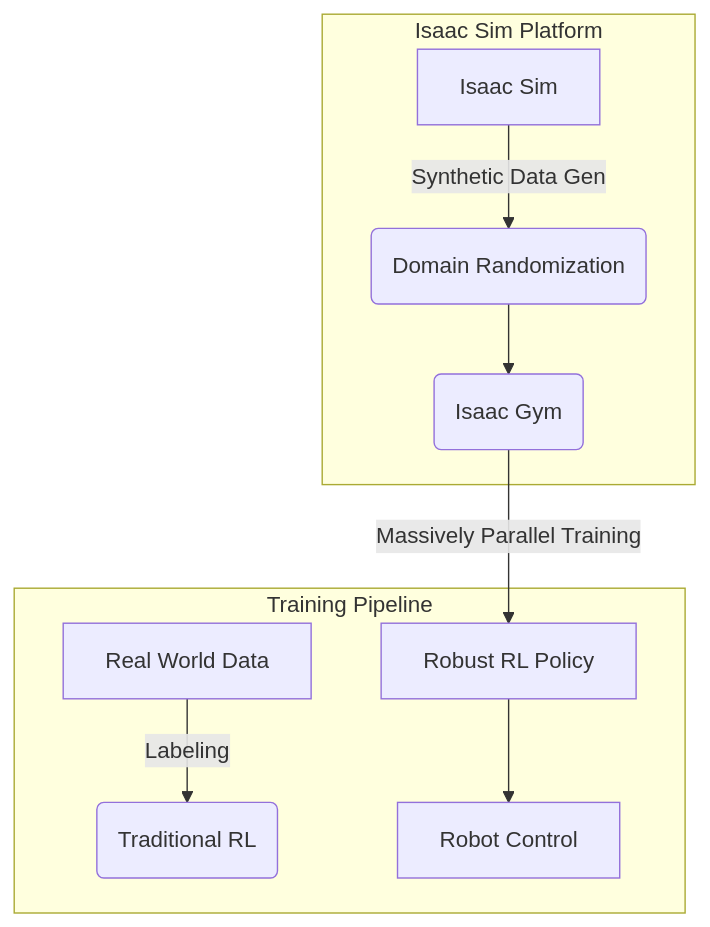
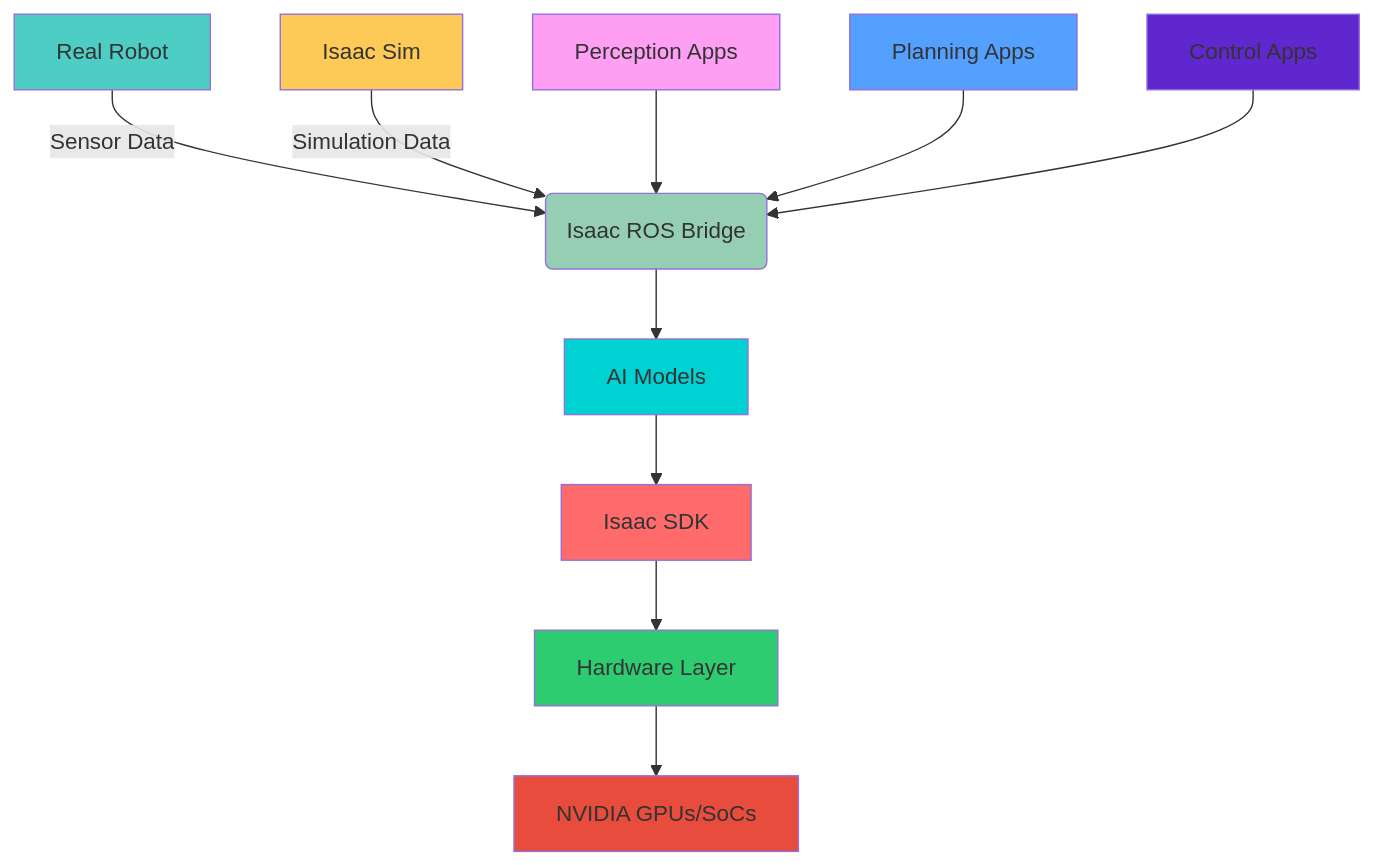
Before and after one commit to asma-aslam30/hackathon: the diagram in docs/docs/physical-ai-robotics/ai-robot-brain-isaac.md, drawn with Mermaid. The commit also changed other lines of this file and 44 other files, not shown here.

````diff
--- a/docs/docs/physical-ai-robotics/ai-robot-brain-isaac.md
+++ b/docs/docs/physical-ai-robotics/ai-robot-brain-isaac.md
@@ -449,21 +289,23 @@
 ```mermaid
-graph TD
-    A[Real World Data] -->|Labeling| B(Traditional RL)
-    C[Isaac Sim] -->|Synthetic Data Gen| D(Domain Randomization)
-    D --> E(Isaac Gym)
-    E -->|Massively Parallel Training| F[Robust RL Policy]
-    F --> G[Robot Control]
+graph TB
+    A[Real Robot] -->|Sensor Data| B(Isaac ROS Bridge)
+    C[Isaac Sim] -->|Simulation Data| B
+    D[Perception Apps] --> B
+    E[Planning Apps] --> B
+    F[Control Apps] --> B
+    B --> G[AI Models]
+    G --> H[Isaac SDK]
+    H --> I[Hardware Layer]
+    I --> J[NVIDIA GPUs/SoCs]
     
-    subgraph Isaac Sim Platform
-        C
-        D
-        E
-    end
-    
-    subgraph Training Pipeline
-        A
-        B
-        F
-        G
-    end
+    style A fill:#4ecdc4
+    style B fill:#96ceb4
+    style C fill:#feca57
+    style D fill:#ff9ff3
+    style E fill:#54a0ff
+    style F fill:#5f27cd
+    style G fill:#00d2d3
+    style H fill:#ff6b6b
+    style I fill:#2ecc71
+    style J fill:#e74c3c
 ```
````
